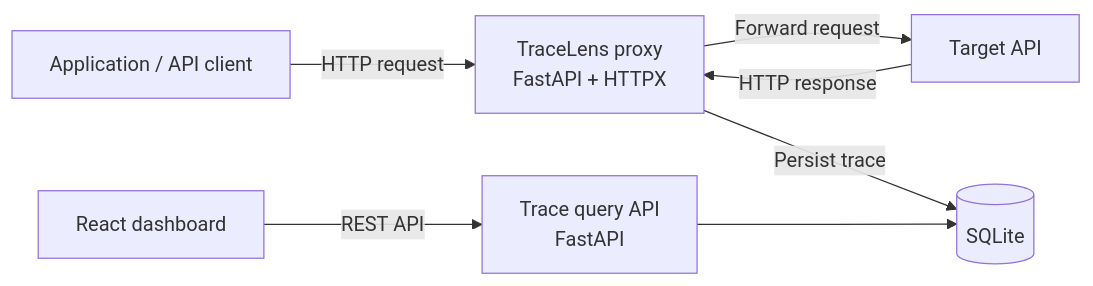
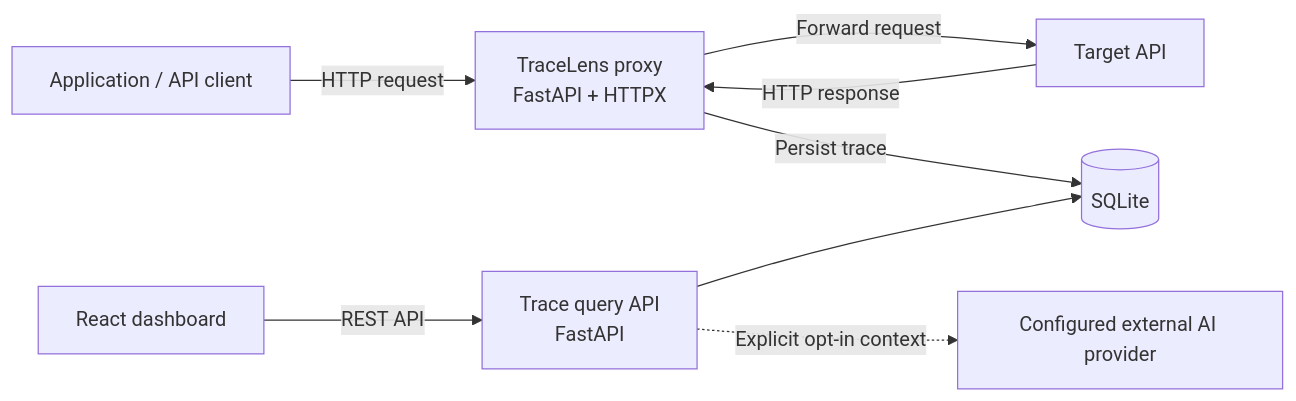
One commit to lnakhul/tracelens changed the first of 3 diagrams in docs/architecture.md. Above: the diagram before and after it, drawn with Mermaid. The commit also changed other lines of this file and 4 other files, not shown here.

Commit message:
Document architecture and security boundaries (#6)

````diff
--- a/docs/architecture.md
+++ b/docs/architecture.md
@@ -27,9 +38,10 @@
 ```mermaid
 flowchart LR
     Client[Application / API client] -->|HTTP request| Proxy[TraceLens proxy\nFastAPI + HTTPX]
     Proxy -->|Forward request| Upstream[Target API]
     Upstream -->|HTTP response| Proxy
     Proxy -->|Persist trace| Database[(SQLite)]
     Dashboard[React dashboard] -->|REST API| API[Trace query API\nFastAPI]
     API --> Database
+    API -.->|Explicit opt-in context| AI[Configured external AI provider]
 ```
````
